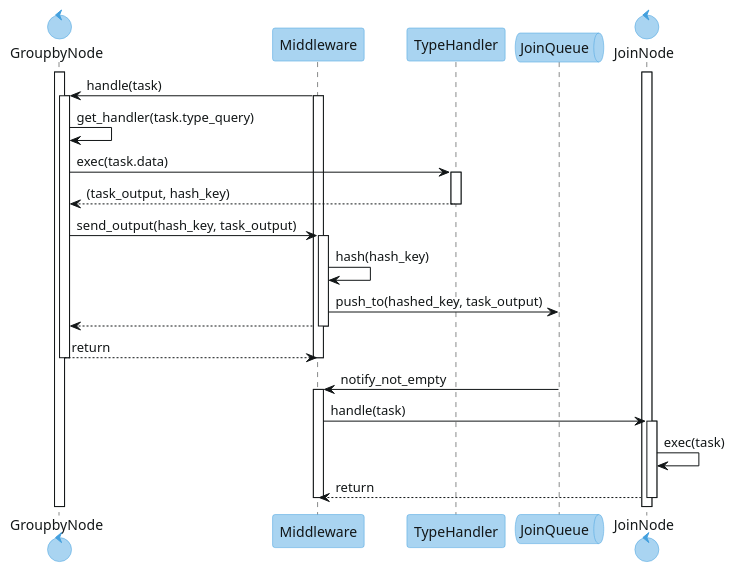
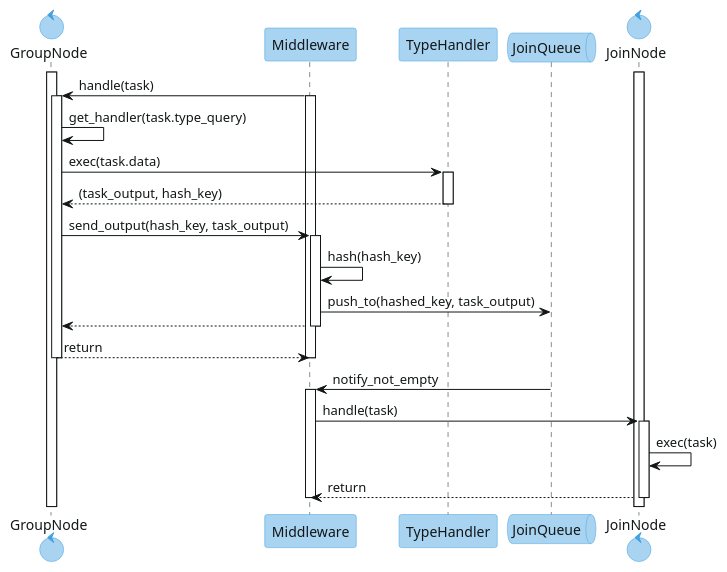
One commit to SebastianVintonuke/TA050-TP-Design changed the diagram in src/puml/groupby_node.puml. Above: the diagram before and after it, drawn with PlantUML. The commit also changed 6 other files, not shown here.

```diff
--- a/src/puml/groupby_node.puml
+++ b/src/puml/groupby_node.puml
@@ -1,70 +1,70 @@
 @startuml
 
 skinparam backgroundColor transparent
 skinparam shadowing false
 
 skinparam defaultFontColor #121617
 skinparam ArrowColor #121617
 
 skinparam SequenceLifelineBorderColor #121617
 skinparam SequenceActivationBorderColor #121617
 
 skinparam EntityBorderColor #a9d4f1
 skinparam ControlBackgroundColor #a9d4f1
 skinparam ParticipantBackgroundColor #a9d4f1
 skinparam QueueBackgroundColor #a9d4f1
 skinparam RectangleBackgroundColor #a9d4f1
 
 skinparam EntityBorderColor #44a0de
 skinparam ControlBorderColor #44a0de
 skinparam ParticipantBorderColor #44a0de
 skinparam QueueBorderColor #44a0de
 skinparam RectangleBorderColor #44a0de
 
 
-control GroupbyNode
+control GroupNode
 participant Middleware
 participant TypeHandler
 queue JoinQueue
 control JoinNode
 
 activate JoinNode
-activate GroupbyNode
+activate GroupNode
 
-Middleware -> GroupbyNode: handle(task)
-activate GroupbyNode
+Middleware -> GroupNode: handle(task)
+activate GroupNode
 activate Middleware
 
-GroupbyNode-> GroupbyNode: get_handler(task.type_query)
-GroupbyNode-> TypeHandler : exec(task.data)
+GroupNode-> GroupNode: get_handler(task.type_query)
+GroupNode-> TypeHandler : exec(task.data)
 activate TypeHandler
-TypeHandler --> GroupbyNode: (task_output, hash_key)
+TypeHandler --> GroupNode: (task_output, hash_key)
 deactivate TypeHandler
 
-GroupbyNode -> Middleware: send_output(hash_key, task_output)
+GroupNode -> Middleware: send_output(hash_key, task_output)
 activate Middleware
 
 
 Middleware->Middleware: hash(hash_key)
 Middleware -> JoinQueue: push_to(hashed_key, task_output)
 
-Middleware -->GroupbyNode: 
+Middleware -->GroupNode: 
 deactivate Middleware
-GroupbyNode --> Middleware: return
-deactivate GroupbyNode
+GroupNode --> Middleware: return
+deactivate GroupNode
 deactivate Middleware
 
 
 JoinQueue -> Middleware: notify_not_empty
 activate Middleware
 
 Middleware -> JoinNode : handle(task)
 activate JoinNode
 
 JoinNode->JoinNode: exec(task)
 JoinNode--> Middleware: return
 deactivate Middleware
 deactivate JoinNode
 
 
 @enduml
```
